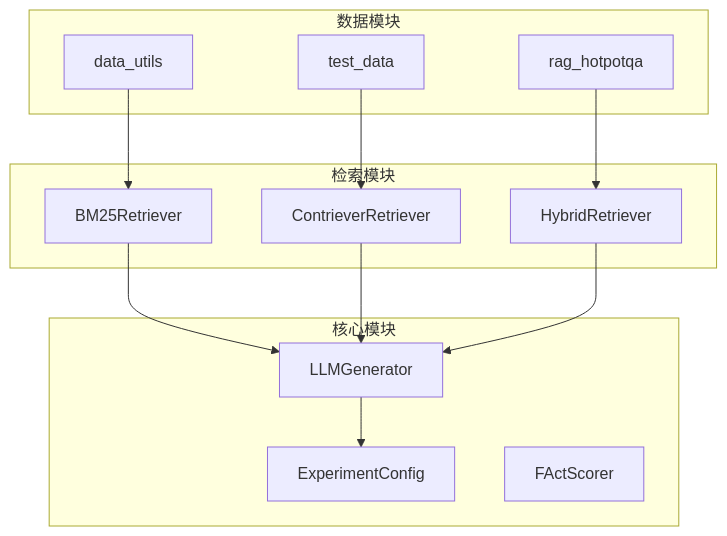
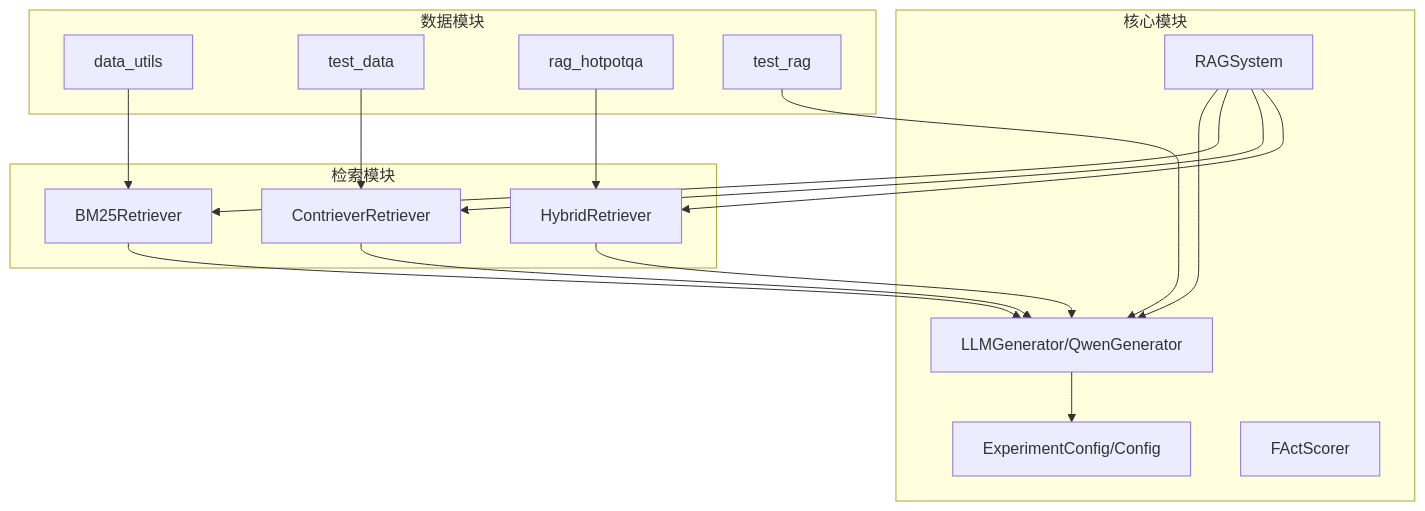
The eighth of 8 diagrams in .qoder/repowiki/zh/content/技术实现指南/生成模型集成.md (kitee0918/-nlp-rag-project), drawn with Mermaid before and after one commit. The commit also changed other lines of this file and 4 other files, not shown here.

````diff
--- a/.qoder/repowiki/zh/content/技术实现指南/生成模型集成.md
+++ b/.qoder/repowiki/zh/content/技术实现指南/生成模型集成.md
@@ -438,25 +498,32 @@
 ```mermaid
 graph TD
 subgraph "核心模块"
-A[LLMGenerator]
-B[ExperimentConfig]
+A[LLMGenerator/QwenGenerator]
+B[ExperimentConfig/Config]
 C[FActScorer]
+D[RAGSystem]
 end
 subgraph "检索模块"
-D[BM25Retriever]
-E[ContrieverRetriever]
-F[HybridRetriever]
+E[BM25Retriever]
+F[ContrieverRetriever]
+G[HybridRetriever]
 end
 subgraph "数据模块"
-G[data_utils]
-H[test_data]
-I[rag_hotpotqa]
+H[data_utils]
+I[test_data]
+J[rag_hotpotqa]
+K[test_rag]
 end
 A --> B
 D --> A
+D --> E
+D --> F
+D --> G
 E --> A
 F --> A
-G --> D
+G --> A
 H --> E
 I --> F
+J --> G
+K --> A
 ```
````
